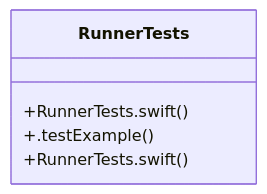
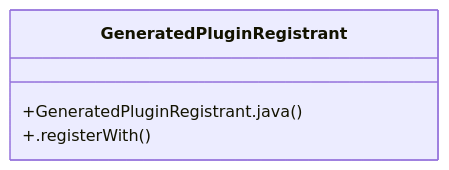
One commit to IHKodifier/kloudshop changed the diagram in graphify-out/wiki/Community_27.md. Above: the diagram before and after it, drawn with Mermaid. The commit also changed other lines of this file and 59 other files, not shown here.

Commit message:
committing graphify created junk to be able to update dev and check out new branch from dev

````diff
--- a/graphify-out/wiki/Community_27.md
+++ b/graphify-out/wiki/Community_27.md
@@ -15,8 +15,7 @@
 ```mermaid
 classDiagram
-    class RunnerTests {
-        +RunnerTests.swift()
-        +.testExample()
-        +RunnerTests.swift()
+    class GeneratedPluginRegistrant {
+        +GeneratedPluginRegistrant.java()
+        +.registerWith()
     }
 ```
````
